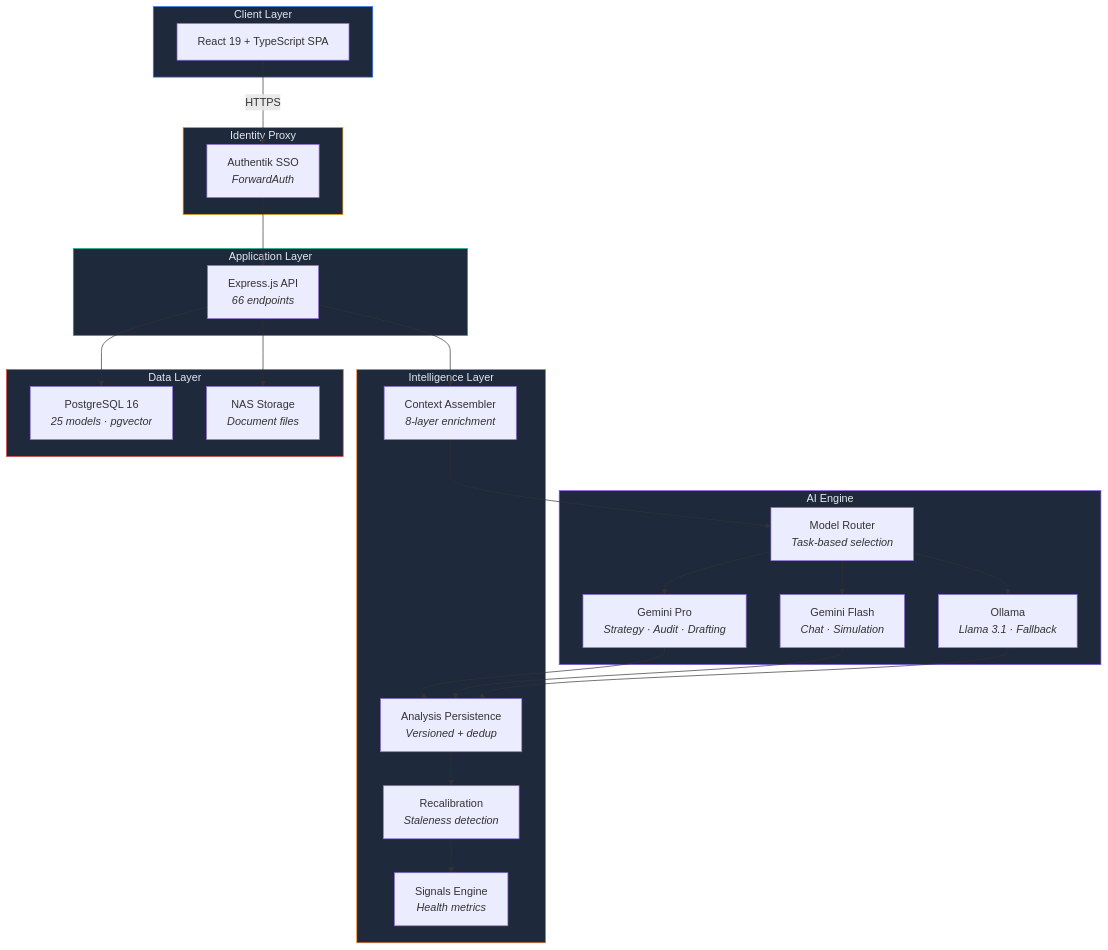
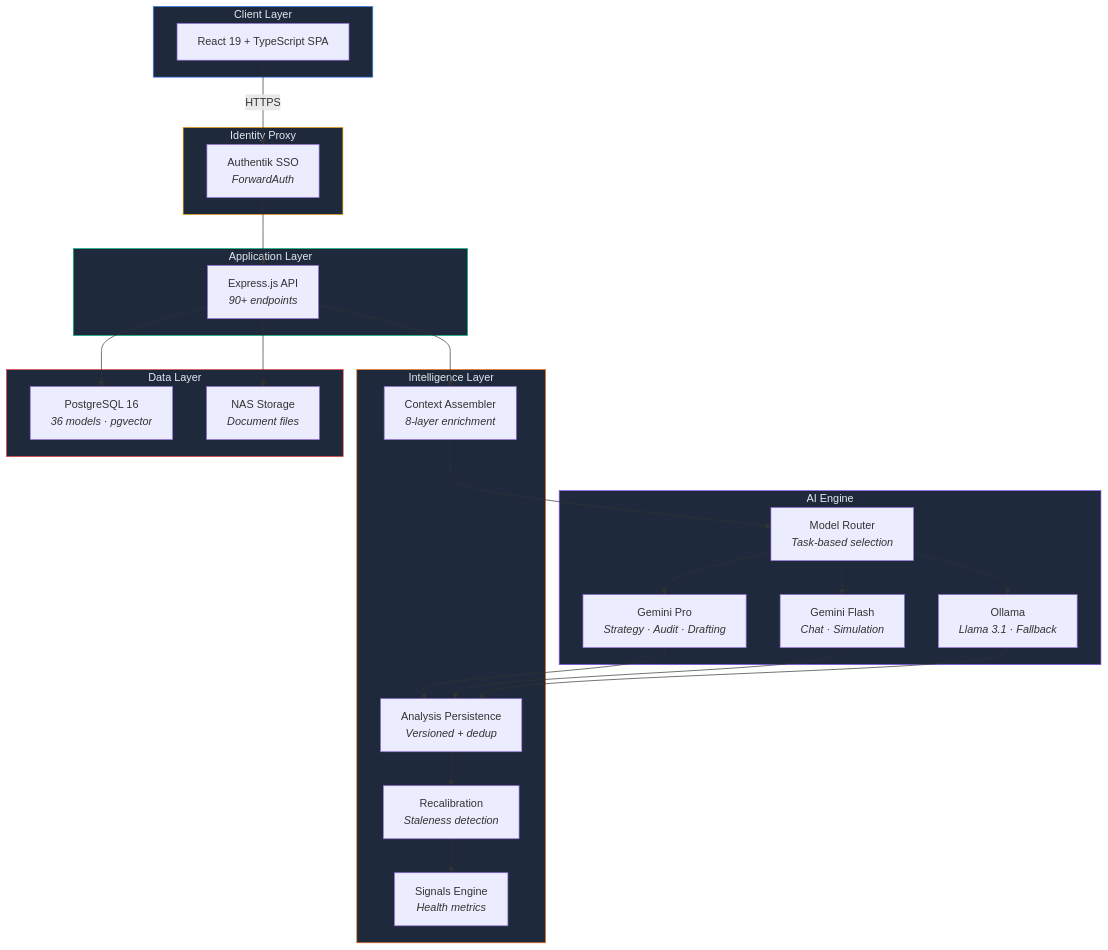
Before and after one commit to EolaFam1828/AetherLegalIntelligence: the diagram in README.md, drawn with Mermaid. The commit also changed other lines of this file and 3 other files, not shown here.

````diff
--- a/README.md
+++ b/README.md
@@ -224,50 +232,50 @@
 ```mermaid
 flowchart TB
     subgraph CLIENT["Client Layer"]
         UI["React 19 + TypeScript SPA"]
     end
 
     subgraph EDGE["Identity Proxy"]
         AK["Authentik SSO<br/><i>ForwardAuth</i>"]
     end
 
     subgraph API["Application Layer"]
-        EX["Express.js API<br/><i>66 endpoints</i>"]
+        EX["Express.js API<br/><i>90+ endpoints</i>"]
     end
 
     subgraph AI["AI Engine"]
         RT["Model Router<br/><i>Task-based selection</i>"]
         G3P["Gemini Pro<br/><i>Strategy · Audit · Drafting</i>"]
         G3F["Gemini Flash<br/><i>Chat · Simulation</i>"]
         OL["Ollama<br/><i>Llama 3.1 · Fallback</i>"]
     end
 
     subgraph INTEL["Intelligence Layer"]
         CTX["Context Assembler<br/><i>8-layer enrichment</i>"]
         SIG["Signals Engine<br/><i>Health metrics</i>"]
         PERSIST["Analysis Persistence<br/><i>Versioned + dedup</i>"]
         RECAL["Recalibration<br/><i>Staleness detection</i>"]
     end
 
     subgraph DATA["Data Layer"]
-        PG["PostgreSQL 16<br/><i>25 models · pgvector</i>"]
+        PG["PostgreSQL 16<br/><i>36 models · pgvector</i>"]
         FS["NAS Storage<br/><i>Document files</i>"]
     end
 
     UI -->|HTTPS| AK
     AK --> EX
     EX --> CTX
     CTX --> RT
     RT --> G3P & G3F & OL
     G3P & G3F & OL --> PERSIST
     PERSIST --> RECAL
     RECAL --> SIG
     EX --> PG & FS
 
     style CLIENT fill:#1e293b,stroke:#3b82f6,color:#e2e8f0
     style EDGE fill:#1e293b,stroke:#f59e0b,color:#e2e8f0
     style API fill:#1e293b,stroke:#10b981,color:#e2e8f0
     style AI fill:#1e293b,stroke:#8b5cf6,color:#e2e8f0
     style INTEL fill:#1e293b,stroke:#f97316,color:#e2e8f0
     style DATA fill:#1e293b,stroke:#ef4444,color:#e2e8f0
 ```
````
